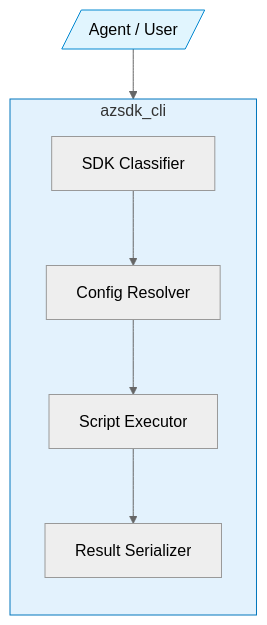
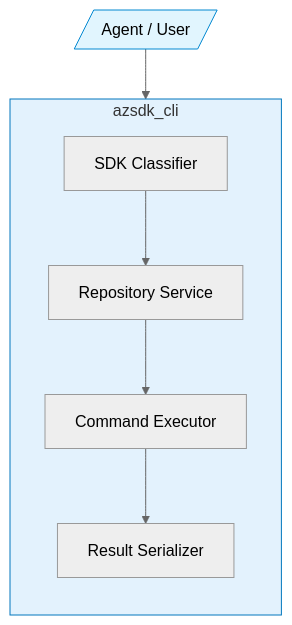
Before and after one commit to Azure/azure-sdk-tools: the first of 2 diagrams in tools/azsdk-cli/docs/specs/6-package-updater.spec.md, drawn with Mermaid (neutral theme). The commit also changed other lines of this file, not shown here.

````diff
--- a/tools/azsdk-cli/docs/specs/6-package-updater.spec.md
+++ b/tools/azsdk-cli/docs/specs/6-package-updater.spec.md
@@ -362,19 +306,19 @@
 ```mermaid
 flowchart TD
   Agent[/Agent / User/] --> azsdk_cli
 
   subgraph azsdk_cli
     direction TB
     classifier[SDK Classifier]
-    resolver[Config Resolver]
-    executor[Script Executor]
+    service[Repository Service]
+    executor[Command Executor]
     serializer[Result Serializer]
   end
 
-  classifier --> resolver
-  resolver --> executor
+  classifier --> service
+  service --> executor
   executor --> serializer
 
   style azsdk_cli fill:#e3f2fd,stroke:#0277bd
   style Agent fill:#e1f5fe,stroke:#0288d1
 ```
````
